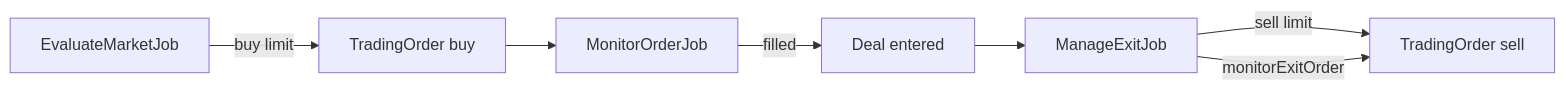
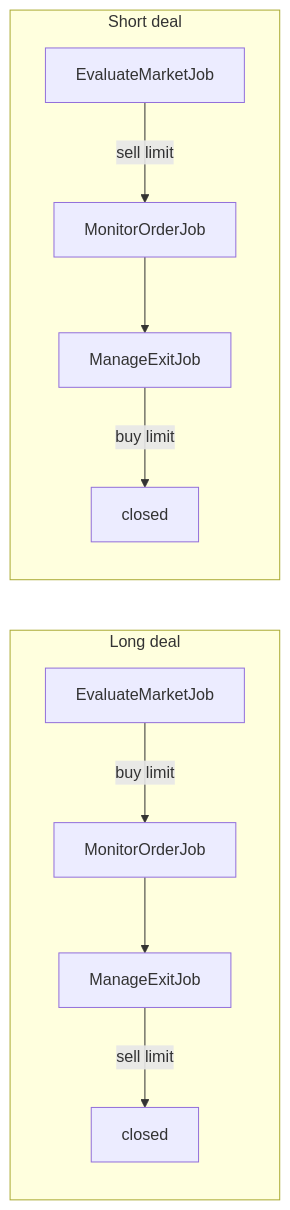
One commit to M0H3N/trading-bot changed the diagram in .ai/trading/architecture.md. Above: the diagram before and after it, drawn with Mermaid. The commit also changed other lines of this file and 24 other files, not shown here.

Commit message:
Add long and short deal direction support

````diff
--- a/.ai/trading/architecture.md
+++ b/.ai/trading/architecture.md
@@ -7,9 +7,13 @@
 ```mermaid
 flowchart LR
-    A[EvaluateMarketJob] -->|buy limit| B[TradingOrder buy]
-    B --> C[MonitorOrderJob]
-    C -->|filled| D[Deal entered]
-    D --> E[ManageExitJob]
-    E -->|sell limit| F[TradingOrder sell]
-    E -->|monitorExitOrder| F
+    subgraph long [Long deal]
+        A1[EvaluateMarketJob] -->|buy limit| B1[MonitorOrderJob]
+        B1 --> C1[ManageExitJob]
+        C1 -->|sell limit| D1[closed]
+    end
+    subgraph short [Short deal]
+        A2[EvaluateMarketJob] -->|sell limit| B2[MonitorOrderJob]
+        B2 --> C2[ManageExitJob]
+        C2 -->|buy limit| D2[closed]
+    end
 ```
````
